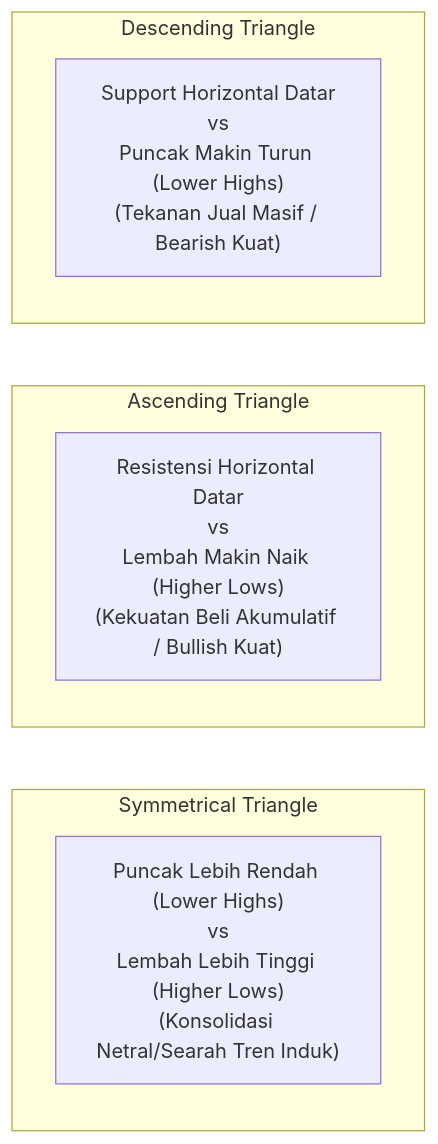
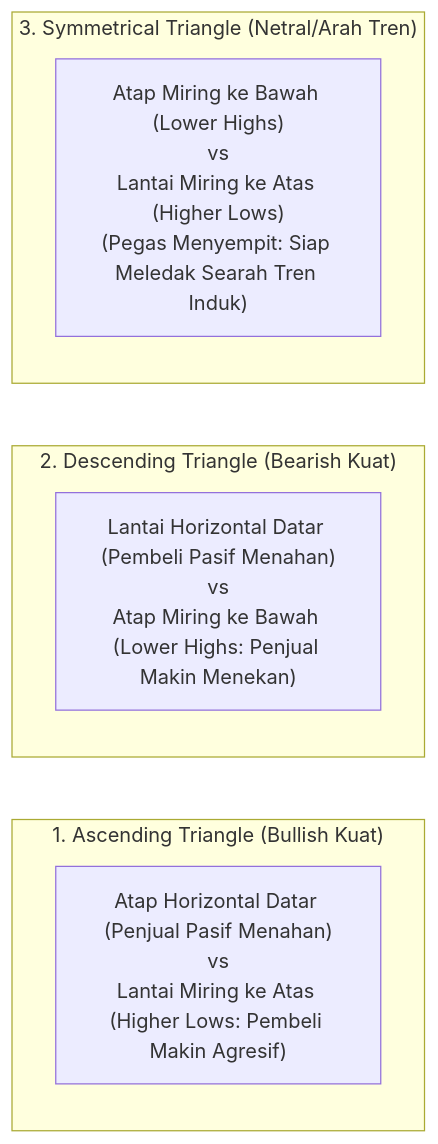
One commit to AlulCode45/Trading-Learning-Path changed the sixth of 9 diagrams in docs/edianto-ong/21-chart-patterns.md. Above: the diagram before and after it, drawn with Mermaid. The commit also changed other lines of this file and 29 other files, not shown here.

Commit message:
docs(edianto-ong): upgrade all 29 chapters with beginner analogies, diagrams, step-by-step guides, and case studies

````diff
--- a/docs/edianto-ong/21-chart-patterns.md
+++ b/docs/edianto-ong/21-chart-patterns.md
@@ -118,14 +157,14 @@
 ```mermaid
 flowchart LR
-    subgraph Symmetrical["Symmetrical Triangle"]
-        ST["Puncak Lebih Rendah (Lower Highs)<br/>vs<br/>Lembah Lebih Tinggi (Higher Lows)<br/>(Konsolidasi Netral/Searah Tren Induk)"]
+    subgraph AscendingTri["1. Ascending Triangle (Bullish Kuat)"]
+        AT1["Atap Horizontal Datar (Penjual Pasif Menahan)<br/>vs<br/>Lantai Miring ke Atas (Higher Lows: Pembeli Makin Agresif)"]
     end
 
-    subgraph Ascending["Ascending Triangle"]
-        AT["Resistensi Horizontal Datar<br/>vs<br/>Lembah Makin Naik (Higher Lows)<br/>(Kekuatan Beli Akumulatif / Bullish Kuat)"]
+    subgraph DescendingTri["2. Descending Triangle (Bearish Kuat)"]
+        DT1["Lantai Horizontal Datar (Pembeli Pasif Menahan)<br/>vs<br/>Atap Miring ke Bawah (Lower Highs: Penjual Makin Menekan)"]
     end
 
-    subgraph Descending["Descending Triangle"]
-        DT["Support Horizontal Datar<br/>vs<br/>Puncak Makin Turun (Lower Highs)<br/>(Tekanan Jual Masif / Bearish Kuat)"]
+    subgraph SymmetricalTri["3. Symmetrical Triangle (Netral/Arah Tren)"]
+        ST1["Atap Miring ke Bawah (Lower Highs)<br/>vs<br/>Lantai Miring ke Atas (Higher Lows)<br/>(Pegas Menyempit: Siap Meledak Searah Tren Induk)"]
     end
 ```
````
